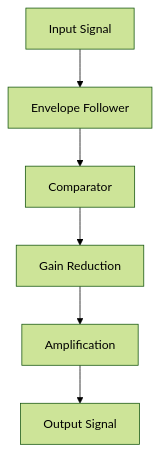
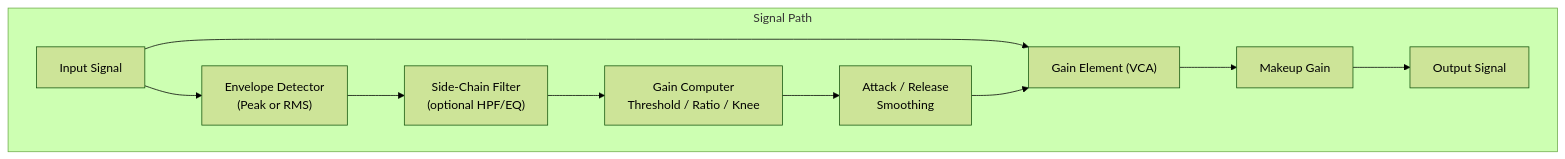
Before and after one commit to blebleblee/synapse: the first of 2 diagrams in topics/arts/music_production/audio_effects/lesson_04_dynamic_effects.md, drawn with Mermaid (forest theme). The commit also changed other lines of this file and 4 other files, not shown here.

````diff
--- a/topics/arts/music_production/audio_effects/lesson_04_dynamic_effects.md
+++ b/topics/arts/music_production/audio_effects/lesson_04_dynamic_effects.md
@@ -29,8 +24,13 @@
 ```mermaid
 graph TD
-    A["Input Signal"] --> B["Envelope Follower"]
-    B --> C["Comparator"]
-    C --> D["Gain Reduction"]
-    D --> E["Amplification"]
-    E --> F["Output Signal"]
+    subgraph sig_path ["Signal Path"]
+        A["Input Signal"] --> B["Envelope Detector<br/>(Peak or RMS)"]
+        A --> E["Gain Element (VCA)"]
+        B --> C["Side-Chain Filter<br/>(optional HPF/EQ)"]
+        C --> D["Gain Computer<br/>Threshold / Ratio / Knee"]
+        D --> F["Attack / Release<br/>Smoothing"]
+        F --> E
+        E --> G["Makeup Gain"]
+        G --> H["Output Signal"]
+    end
 ```
````
